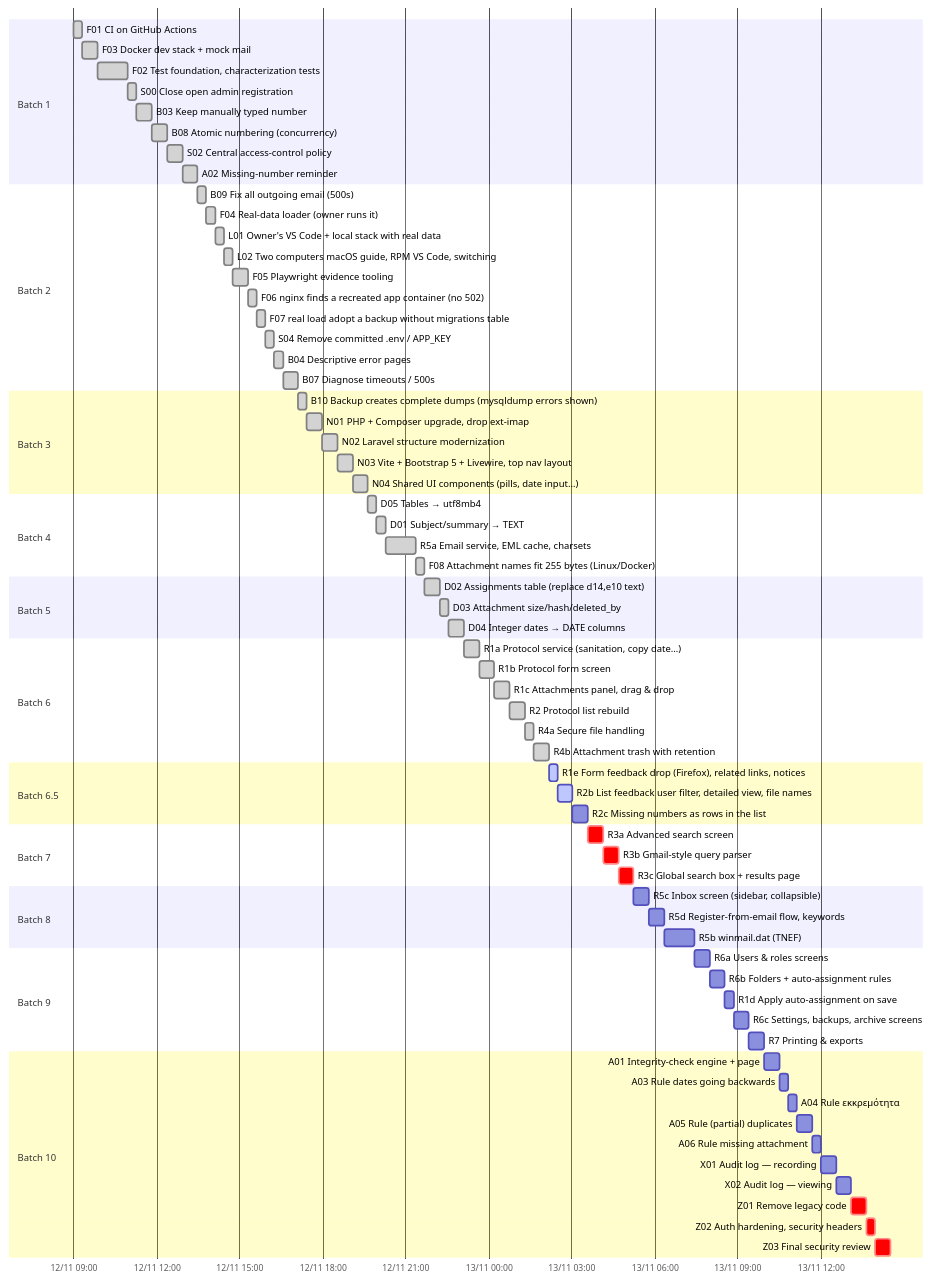
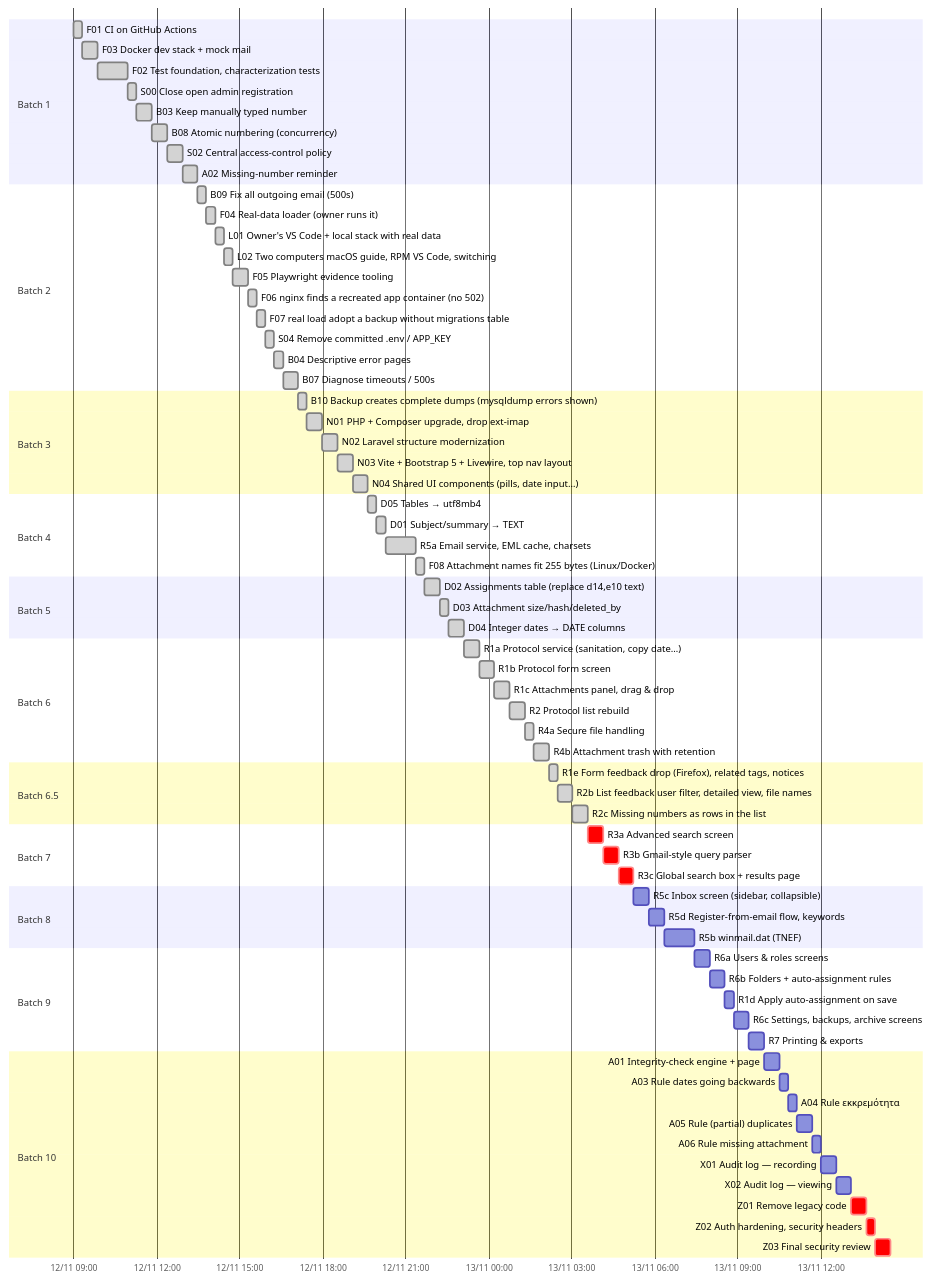
The second of 2 diagrams in docs/plan/PROGRESS.md (dipelaserasmus-del/electronic_protocol), drawn with Mermaid before and after one commit. The commit also changed other lines of this file and 15 other files, not shown here.

First line of the commit message:
R2c: missing numbers as rows in the list; gap check from the start number

````diff
--- a/docs/plan/PROGRESS.md
+++ b/docs/plan/PROGRESS.md
@@ -214,77 +213,77 @@
 ```mermaid
 gantt
   dateFormat YYYY-MM-DD HH:mm
   axisFormat %d/%m %H:%M
   todayMarker off
   section Batch 1
   F01 CI on GitHub Actions :done, f01, 2026-11-12 09:00, 19m
   F03 Docker dev stack + mock mail :done, f03, 2026-11-12 09:19, 33m
   F02 Test foundation, characterization tests :done, f02, 2026-11-12 09:52, 66m
   S00 Close open admin registration :done, s00, 2026-11-12 10:58, 19m
   B03 Keep manually typed number :done, b03, 2026-11-12 11:17, 33m
   B08 Atomic numbering (concurrency) :done, b08, 2026-11-12 11:50, 33m
   S02 Central access-control policy :done, s02, 2026-11-12 12:23, 33m
   A02 Missing-number reminder :done, a02, 2026-11-12 12:56, 33m
   section Batch 2
   B09 Fix all outgoing email (500s) :done, b09, 2026-11-12 13:29, 19m
   F04 Real-data loader (owner runs it) :done, f04, 2026-11-12 13:48, 19m
   L01 Owner's VS Code + local stack with real data :done, l01, 2026-11-12 14:07, 19m
   L02 Two computers  macOS guide, RPM VS Code, switching :done, l02, 2026-11-12 14:26, 19m
   F05 Playwright evidence tooling :done, f05, 2026-11-12 14:45, 33m
   F06 nginx finds a recreated app container (no 502) :done, f06, 2026-11-12 15:18, 19m
   F07 real load  adopt a backup without migrations table :done, f07, 2026-11-12 15:37, 19m
   S04 Remove committed .env / APP_KEY :done, s04, 2026-11-12 15:56, 19m
   B04 Descriptive error pages :done, b04, 2026-11-12 16:15, 19m
   B07 Diagnose timeouts / 500s :done, b07, 2026-11-12 16:34, 33m
   section Batch 3
   B10 Backup creates complete dumps (mysqldump errors shown) :done, b10, 2026-11-12 17:07, 19m
   N01 PHP + Composer upgrade, drop ext-imap :done, n01, 2026-11-12 17:26, 33m
   N02 Laravel structure modernization :done, n02, 2026-11-12 17:59, 33m
   N03 Vite + Bootstrap 5 + Livewire, top nav layout :done, n03, 2026-11-12 18:32, 33m
   N04 Shared UI components (pills, date input…) :done, n04, 2026-11-12 19:05, 33m
   section Batch 4
   D05 Tables → utf8mb4 :done, d05, 2026-11-12 19:38, 19m
   D01 Subject/summary → TEXT :done, d01, 2026-11-12 19:57, 19m
   R5a Email service, EML cache, charsets :done, r5a, 2026-11-12 20:16, 66m
   F08 Attachment names fit 255 bytes (Linux/Docker) :done, f08, 2026-11-12 21:22, 19m
   section Batch 5
   D02 Assignments table (replace d14,e10 text) :done, d02, 2026-11-12 21:41, 33m
   D03 Attachment size/hash/deleted_by :done, d03, 2026-11-12 22:14, 19m
   D04 Integer dates → DATE columns :done, d04, 2026-11-12 22:33, 33m
   section Batch 6
   R1a Protocol service (sanitation, copy date…) :done, r1a, 2026-11-12 23:06, 33m
   R1b Protocol form screen :done, r1b, 2026-11-12 23:39, 33m
   R1c Attachments panel, drag & drop :done, r1c, 2026-11-13 00:12, 33m
   R2 Protocol list rebuild :done, r2, 2026-11-13 00:45, 33m
   R4a Secure file handling :done, r4a, 2026-11-13 01:18, 19m
   R4b Attachment trash with retention :done, r4b, 2026-11-13 01:37, 33m
   section Batch 6.5
-  R1e Form feedback  drop (Firefox), related links, notices :active, r1e, 2026-11-13 02:10, 19m
-  R2b List feedback  user filter, detailed view, file names :active, r2b, 2026-11-13 02:29, 33m
-  R2c Missing numbers as rows in the list :r2c, 2026-11-13 03:02, 33m
+  R1e Form feedback  drop (Firefox), related tags, notices :done, r1e, 2026-11-13 02:10, 19m
+  R2b List feedback  user filter, detailed view, file names :done, r2b, 2026-11-13 02:29, 33m
+  R2c Missing numbers as rows in the list :done, r2c, 2026-11-13 03:02, 33m
   section Batch 7
   R3a Advanced search screen :crit, r3a, 2026-11-13 03:35, 33m
   R3b Gmail-style query parser :crit, r3b, 2026-11-13 04:08, 33m
   R3c Global search box + results page :crit, r3c, 2026-11-13 04:41, 33m
   section Batch 8
   R5c Inbox screen (sidebar, collapsible) :r5c, 2026-11-13 05:14, 33m
   R5d Register-from-email flow, keywords :r5d, 2026-11-13 05:47, 33m
   R5b winmail.dat (TNEF) :r5b, 2026-11-13 06:20, 66m
   section Batch 9
   R6a Users & roles screens :r6a, 2026-11-13 07:26, 33m
   R6b Folders + auto-assignment rules :r6b, 2026-11-13 07:59, 33m
   R1d Apply auto-assignment on save :r1d, 2026-11-13 08:32, 19m
   R6c Settings, backups, archive screens :r6c, 2026-11-13 08:51, 33m
   R7 Printing & exports :r7, 2026-11-13 09:24, 33m
   section Batch 10
   A01 Integrity-check engine + page :a01, 2026-11-13 09:57, 33m
   A03 Rule  dates going backwards :a03, 2026-11-13 10:30, 19m
   A04 Rule  εκκρεμότητα :a04, 2026-11-13 10:49, 19m
   A05 Rule  (partial) duplicates :a05, 2026-11-13 11:08, 33m
   A06 Rule  missing attachment :a06, 2026-11-13 11:41, 19m
   X01 Audit log — recording :x01, 2026-11-13 12:00, 33m
   X02 Audit log — viewing :x02, 2026-11-13 12:33, 33m
   Z01 Remove legacy code :crit, z01, 2026-11-13 13:06, 33m
   Z02 Auth hardening, security headers :crit, z02, 2026-11-13 13:39, 19m
   Z03 Final security review :crit, z03, 2026-11-13 13:58, 33m
 ```
````
